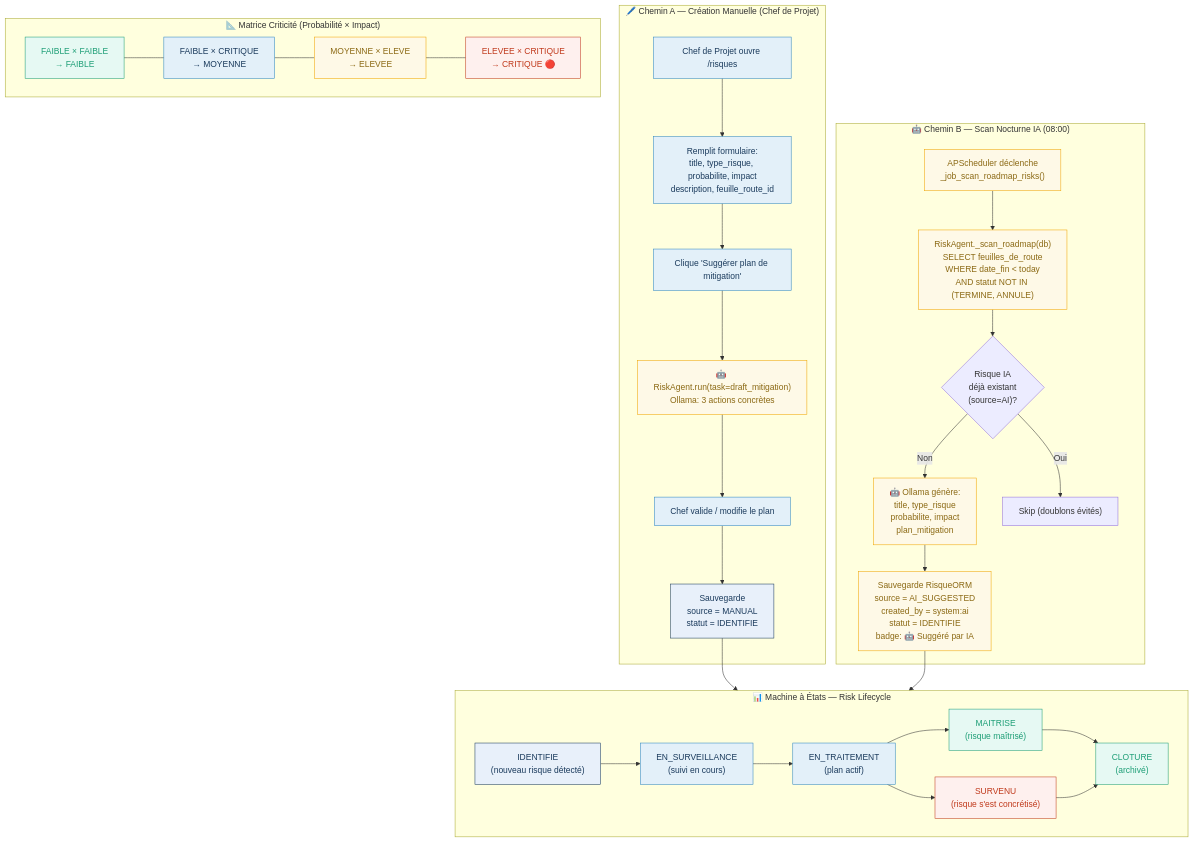
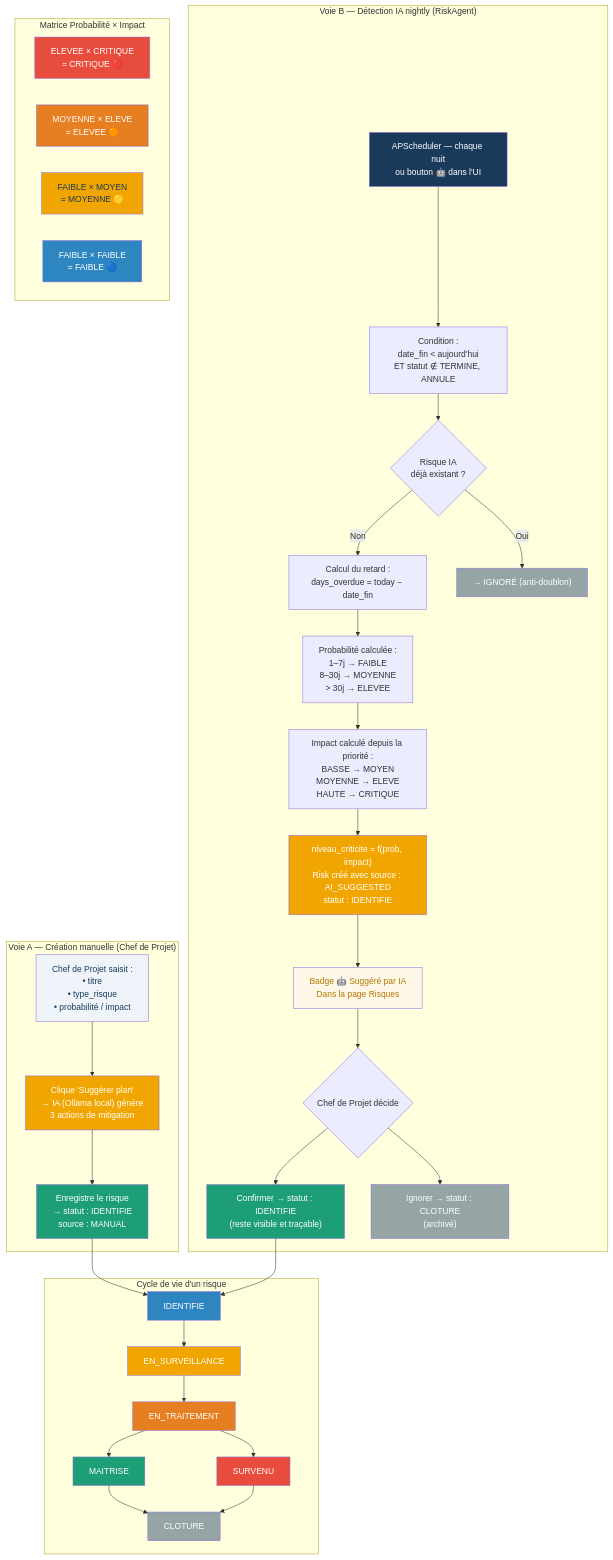
One commit to bayaCh05/biat-billing-agent changed the diagram in docs/diagrams/16_workflow_gestion_risques.md. Above: the diagram before and after it, drawn with Mermaid. The commit also changed other lines of this file and 11 other files, not shown here.

First line of the commit message:
feat: roadmap enriched with risk indicators + per-item AI risk creation

````diff
--- a/docs/diagrams/16_workflow_gestion_risques.md
+++ b/docs/diagrams/16_workflow_gestion_risques.md
@@ -4,57 +4,77 @@
 ```mermaid
 flowchart TB
-  classDef manual fill:#E3F0F9,stroke:#2E86C1,color:#1A3A5C
-  classDef ai fill:#FEF9E7,stroke:#F0A500,color:#8B6914
-  classDef status_id fill:#E8F0FA,stroke:#1A3A5C,color:#1A3A5C
-  classDef status_ok fill:#E6F9F3,stroke:#1D9E76,color:#1D9E76
-  classDef status_bad fill:#FEF0EE,stroke:#C0391B,color:#C0391B
-  classDef matrix fill:#F5F7FA,stroke:#5D6D7E,color:#1A3A5C
 
-  %% ── PATH A — Manual ─────────────────────────────────
-  subgraph PA["🖊️ Chemin A — Création Manuelle (Chef de Projet)"]
-    A1["Chef de Projet ouvre /risques"]:::manual
-    A2["Remplit formulaire:\ntitle, type_risque, probabilite, impact\ndescription, feuille_route_id"]:::manual
-    A3["Clique 'Suggérer plan de mitigation'"]:::manual
-    A4["🤖 RiskAgent.run(task=draft_mitigation)\nOllama: 3 actions concrètes"]:::ai
-    A5["Chef valide / modifie le plan"]:::manual
-    A6["Sauvegarde\nsource = MANUAL\nstatut = IDENTIFIE"]:::status_id
+  subgraph MANUAL["Voie A — Création manuelle (Chef de Projet)"]
+    M1["Chef de Projet saisit :\n• titre\n• type_risque\n• probabilité / impact"]
+    M2["Clique 'Suggérer plan'\n→ IA (Ollama local) génère\n   3 actions de mitigation"]
+    M3["Enregistre le risque\n→ statut : IDENTIFIE\n   source : MANUAL"]
+    M1 --> M2 --> M3
   end
 
-  %% ── PATH B — AI Nightly ──────────────────────────────
-  subgraph PB["🤖 Chemin B — Scan Nocturne IA (08:00)"]
-    B1["APScheduler déclenche\n_job_scan_roadmap_risks()"]:::ai
-    B2["RiskAgent._scan_roadmap(db)\nSELECT feuilles_de_route\nWHERE date_fin < today\nAND statut NOT IN (TERMINE, ANNULE)"]:::ai
-    B3{"Risque IA\ndéjà existant\n(source=AI)?"}
-    B4["🤖 Ollama génère:\ntitle, type_risque\nprobabilite, impact\nplan_mitigation"]:::ai
-    B5["Sauvegarde RisqueORM\nsource = AI_SUGGESTED\ncreated_by = system:ai\nstatut = IDENTIFIE\nbadge: 🤖 Suggéré par IA"]:::ai
-    B6["Skip (doublons évités)"]
+  subgraph AUTO["Voie B — Détection IA nightly (RiskAgent)"]
+    A1["APScheduler — chaque nuit\nou bouton 🤖 dans l'UI"]
+    A2["Condition :\ndate_fin < aujourd'hui\nET statut ∉ TERMINE, ANNULE"]
+    A3["Calcul du retard :\ndays_overdue = today − date_fin"]
+    A4["Probabilité calculée :\n1–7j → FAIBLE\n8–30j → MOYENNE\n> 30j → ELEVEE"]
+    A5["Impact calculé depuis la priorité :\nBASSE → MOYEN\nMOYENNE → ELEVE\nHAUTE → CRITIQUE"]
+    A6["niveau_criticite = f(prob, impact)\nRisk créé avec source : AI_SUGGESTED\nstatut : IDENTIFIE"]
+    A7{"Risque IA\ndéjà existant ?"}
+    A8["→ IGNORÉ (anti-doublon)"]
+    A9["Badge 🤖 Suggéré par IA\nDans la page Risques"]
+    A10{"Chef de Projet décide"}
+    A11["Confirmer → statut : IDENTIFIE\n(reste visible et traçable)"]
+    A12["Ignorer → statut : CLOTURE\n(archivé)"]
+
+    A1 --> A2 --> A7
+    A7 -->|"Oui"| A8
+    A7 -->|"Non"| A3 --> A4 --> A5 --> A6 --> A9 --> A10
+    A10 --> A11
+    A10 --> A12
   end
 
-  %% ── STATUS MACHINE ────────────────────────────────────
-  subgraph SM["📊 Machine à États — Risk Lifecycle"]
-    S1["IDENTIFIE\n(nouveau risque détecté)"]:::status_id
-    S2["EN_SURVEILLANCE\n(suivi en cours)"]:::manual
-    S3["EN_TRAITEMENT\n(plan actif)"]:::manual
-    S4["MAITRISE\n(risque maîtrisé)"]:::status_ok
-    S5["SURVENU\n(risque s'est concrétisé)"]:::status_bad
-    S6["CLOTURE\n(archivé)"]:::status_ok
-    S1 --> S2 --> S3 --> S4 --> S6
-    S3 --> S5 --> S6
+  subgraph LIFECYCLE["Cycle de vie d'un risque"]
+    S1["IDENTIFIE"]
+    S2["EN_SURVEILLANCE"]
+    S3["EN_TRAITEMENT"]
+    S4["MAITRISE"]
+    S5["SURVENU"]
+    S6["CLOTURE"]
+
+    S1 --> S2 --> S3
+    S3 --> S4
+    S3 --> S5
+    S4 --> S6
+    S5 --> S6
   end
 
-  %% ── CRITICITE MATRIX ─────────────────────────────────
-  subgraph MX["📐 Matrice Criticité (Probabilité × Impact)"]
+  subgraph MATRIX["Matrice Probabilité × Impact"]
     direction LR
-    MX1["FAIBLE × FAIBLE\n→ FAIBLE"]:::status_ok
-    MX2["FAIBLE × CRITIQUE\n→ MOYENNE"]:::manual
-    MX3["MOYENNE × ELEVE\n→ ELEVEE"]:::ai
-    MX4["ELEVEE × CRITIQUE\n→ CRITIQUE 🔴"]:::status_bad
-    MX1 --- MX2 --- MX3 --- MX4
+    MH["ELEVEE × CRITIQUE\n= CRITIQUE 🔴"]
+    MM["MOYENNE × ELEVE\n= ELEVEE 🟠"]
+    ML["FAIBLE × MOYEN\n= MOYENNE 🟡"]
+    LL["FAIBLE × FAIBLE\n= FAIBLE 🔵"]
   end
 
-  %% ── CONNECTIONS ──────────────────────────────────────
-  A1 --> A2 --> A3 --> A4 --> A5 --> A6 --> SM
-  B1 --> B2 --> B3
-  B3 -->|"Non"| B4 --> B5 --> SM
-  B3 -->|"Oui"| B6
+  M3 --> S1
+  A11 --> S1
+
+  style M1 fill:#EFF4FA,color:#1A3A5C
+  style M2 fill:#F0A500,color:#FFFFFF
+  style M3 fill:#1D9E76,color:#FFFFFF
+  style A1 fill:#1A3A5C,color:#FFFFFF
+  style A6 fill:#F0A500,color:#FFFFFF
+  style A9 fill:#FFF8E8,color:#B07800
+  style A11 fill:#1D9E76,color:#FFFFFF
+  style A12 fill:#95A5A6,color:#FFFFFF
+  style A8 fill:#95A5A6,color:#FFFFFF
+  style S1 fill:#2E86C1,color:#FFFFFF
+  style S2 fill:#F0A500,color:#FFFFFF
+  style S3 fill:#E67E22,color:#FFFFFF
+  style S4 fill:#1D9E76,color:#FFFFFF
+  style S5 fill:#E74C3C,color:#FFFFFF
+  style S6 fill:#95A5A6,color:#FFFFFF
+  style MH fill:#E74C3C,color:#FFFFFF
+  style MM fill:#E67E22,color:#FFFFFF
+  style ML fill:#F0A500,color:#1A3A5C
+  style LL fill:#2E86C1,color:#FFFFFF
 ```
````
